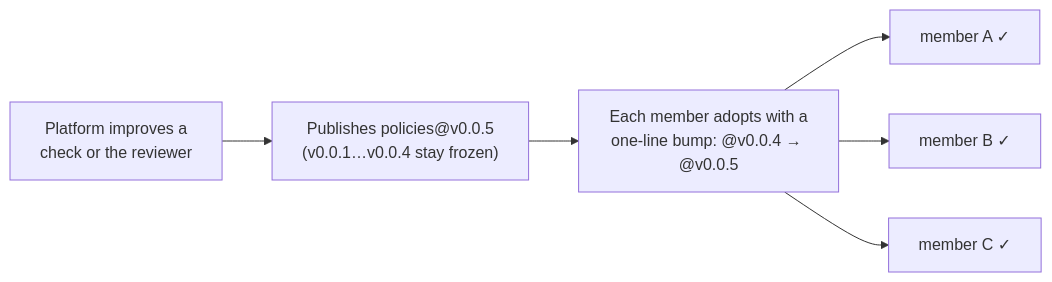
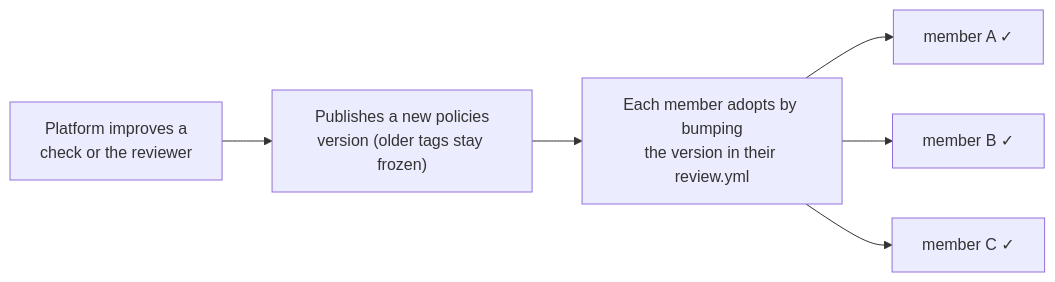
One commit to turingplanet/policies changed the second of 2 diagrams in README.md. Above: the diagram before and after it, drawn with Mermaid. The commit also changed other lines of this file, not shown here.

First line of the commit message:
docs: README reflects current design (policies_ref two-line bump)

````diff
--- a/README.md
+++ b/README.md
@@ -29,8 +29,8 @@
 ```mermaid
 flowchart LR
-    DEV["Platform improves a<br/>check or the reviewer"] --> PUB["Publishes policies@v0.0.5<br/>(v0.0.1…v0.0.4 stay frozen)"]
-    PUB --> ADOPT["Each member adopts with a<br/>one-line bump: @v0.0.4 → @v0.0.5"]
+    DEV["Platform improves a<br/>check or the reviewer"] --> PUB["Publishes a new policies<br/>version (older tags stay frozen)"]
+    PUB --> ADOPT["Each member adopts by bumping<br/>the version in their review.yml"]
     ADOPT --> MA["member A ✓"]
     ADOPT --> MB["member B ✓"]
     ADOPT --> MC["member C ✓"]
 ```
````
